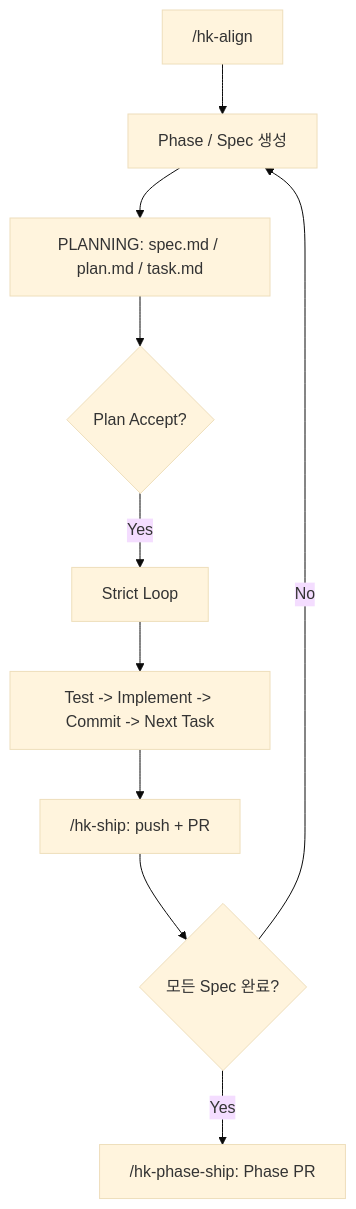
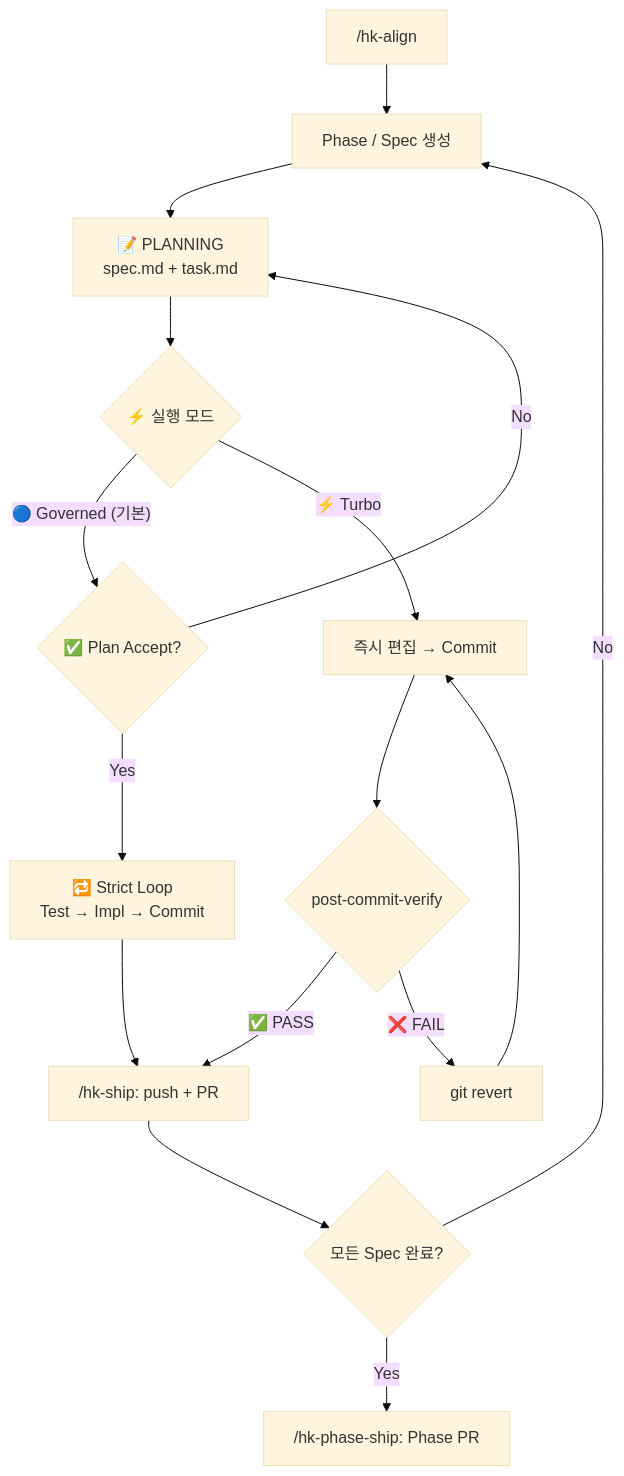
Before and after one commit to Changsik00/harness-kit: the diagram in README.md, drawn with Mermaid (base theme). The commit also changed other lines of this file and 2 other files, not shown here.

````diff
--- a/README.md
+++ b/README.md
@@ -235,12 +248,21 @@
 ```mermaid
 flowchart TD
     A["/hk-align"] --> B["Phase / Spec 생성"]
-    B --> C["PLANNING: spec.md / plan.md / task.md"]
-    C --> D{"Plan Accept?"}
-    D -->|Yes| E["Strict Loop"]
-    E --> F["Test -> Implement -> Commit -> Next Task"]
-    F --> G["/hk-ship: push + PR"]
+    B --> C["📝 PLANNING\nspec.md + task.md"]
+    C --> D{"⚡ 실행 모드"}
+
+    D -->|"🔵 Governed (기본)"| PA{"✅ Plan Accept?"}
+    PA -->|Yes| SL["🔁 Strict Loop\nTest → Impl → Commit"]
+    PA -->|No| C
+
+    D -->|"⚡ Turbo"| TE["즉시 편집 → Commit"]
+    TE --> PCV{"post-commit-verify"}
+    PCV -->|"✅ PASS"| G
+    PCV -->|"❌ FAIL"| RV["git revert"]
+    RV --> TE
+
+    SL --> G["/hk-ship: push + PR"]
     G --> H{"모든 Spec 완료?"}
     H -->|No| B
     H -->|Yes| I["/hk-phase-ship: Phase PR"]
 ```
````
